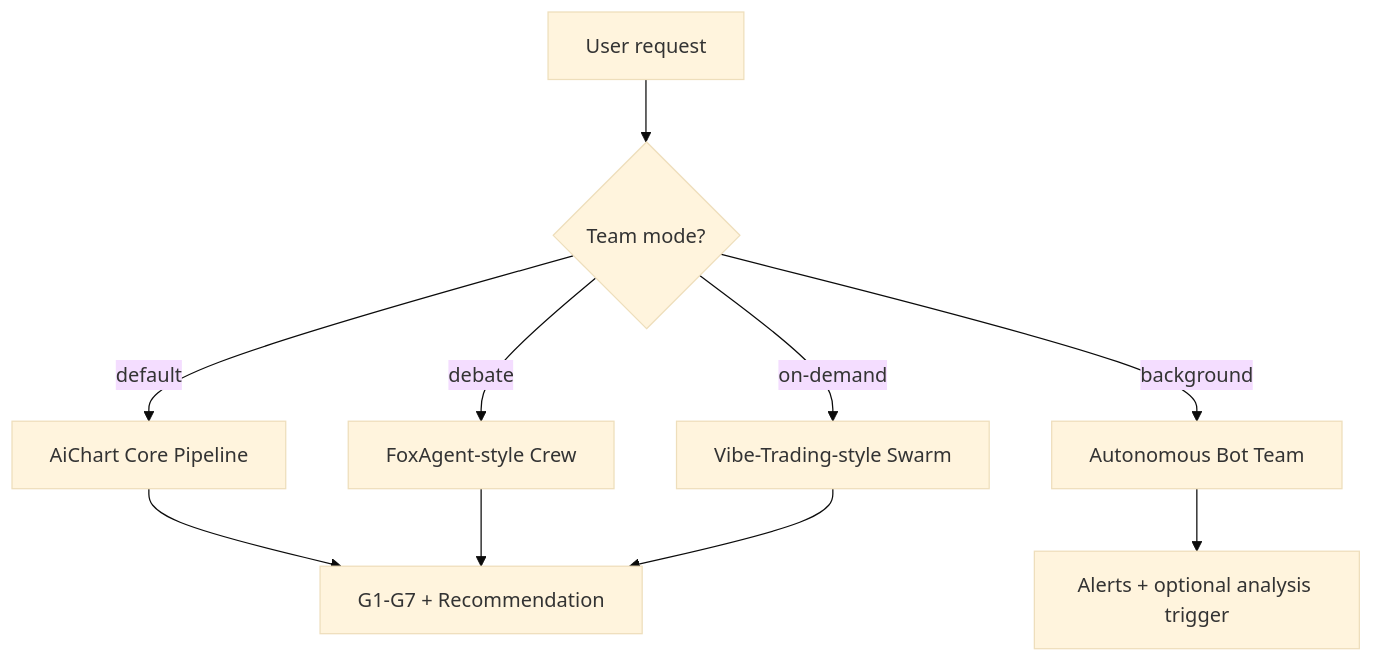
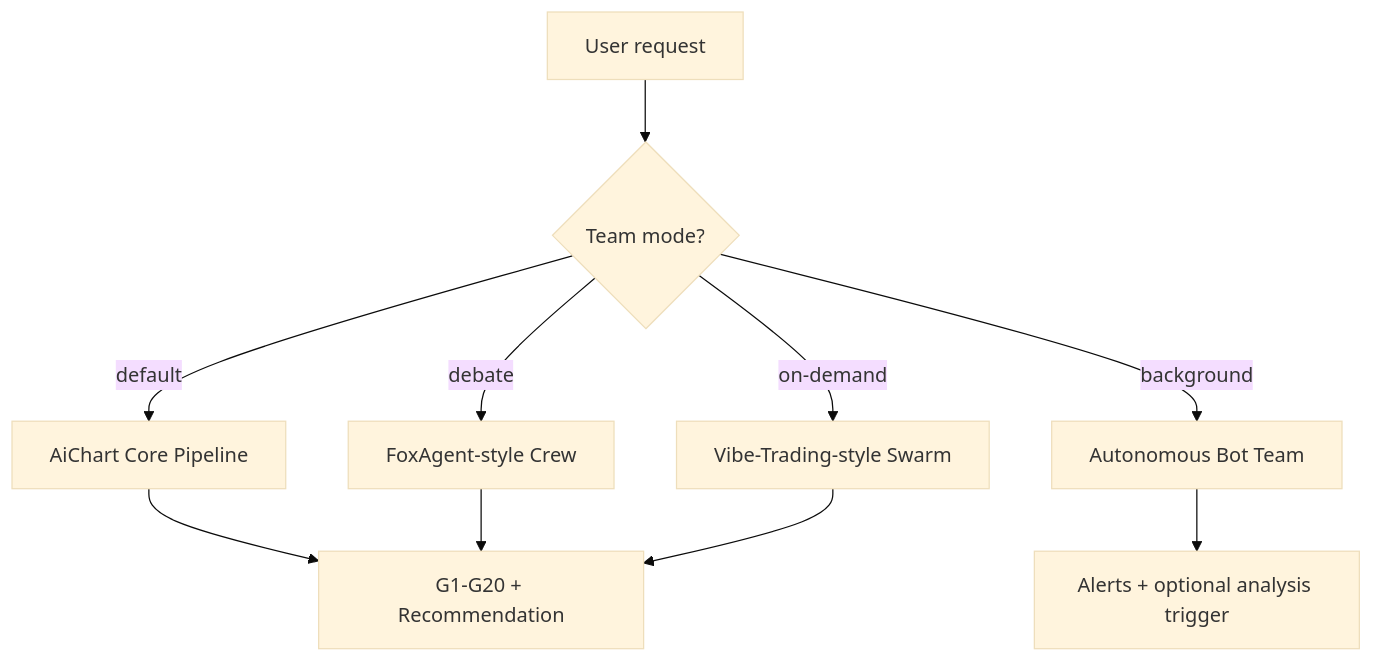
Before and after one commit to loorksy/NanoAgent: the first of 2 diagrams in docs/designs/gold-trading-agent.md, drawn with Mermaid (base theme). The commit also changed other lines of this file and 6 other files, not shown here.

````diff
--- a/docs/designs/gold-trading-agent.md
+++ b/docs/designs/gold-trading-agent.md
@@ -33,14 +33,14 @@
 ```mermaid
 flowchart TB
   USER[User request] --> ROUTE{Team mode?}
 
   ROUTE -->|default| CORE[AiChart Core Pipeline]
   ROUTE -->|debate| CREW[FoxAgent-style Crew]
   ROUTE -->|on-demand| SWARM[Vibe-Trading-style Swarm]
   ROUTE -->|background| BOTS[Autonomous Bot Team]
 
-  CORE --> GATES[G1-G7 + Recommendation]
+  CORE --> GATES[G1-G20 + Recommendation]
   CREW --> GATES
   SWARM --> GATES
   BOTS --> ALERTS[Alerts + optional analysis trigger]
 ```
````
